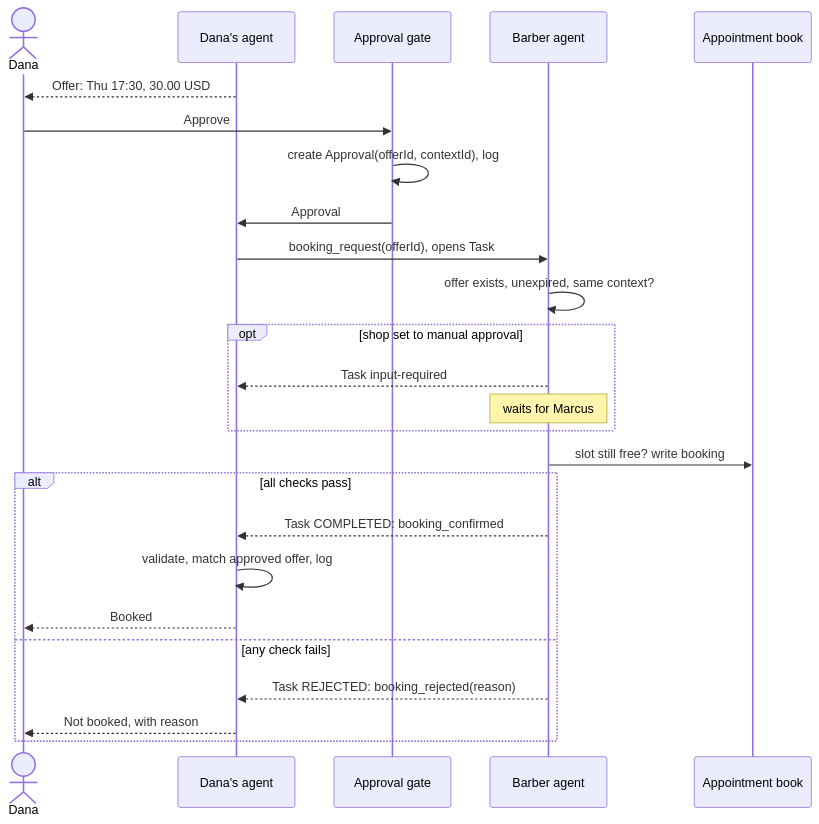
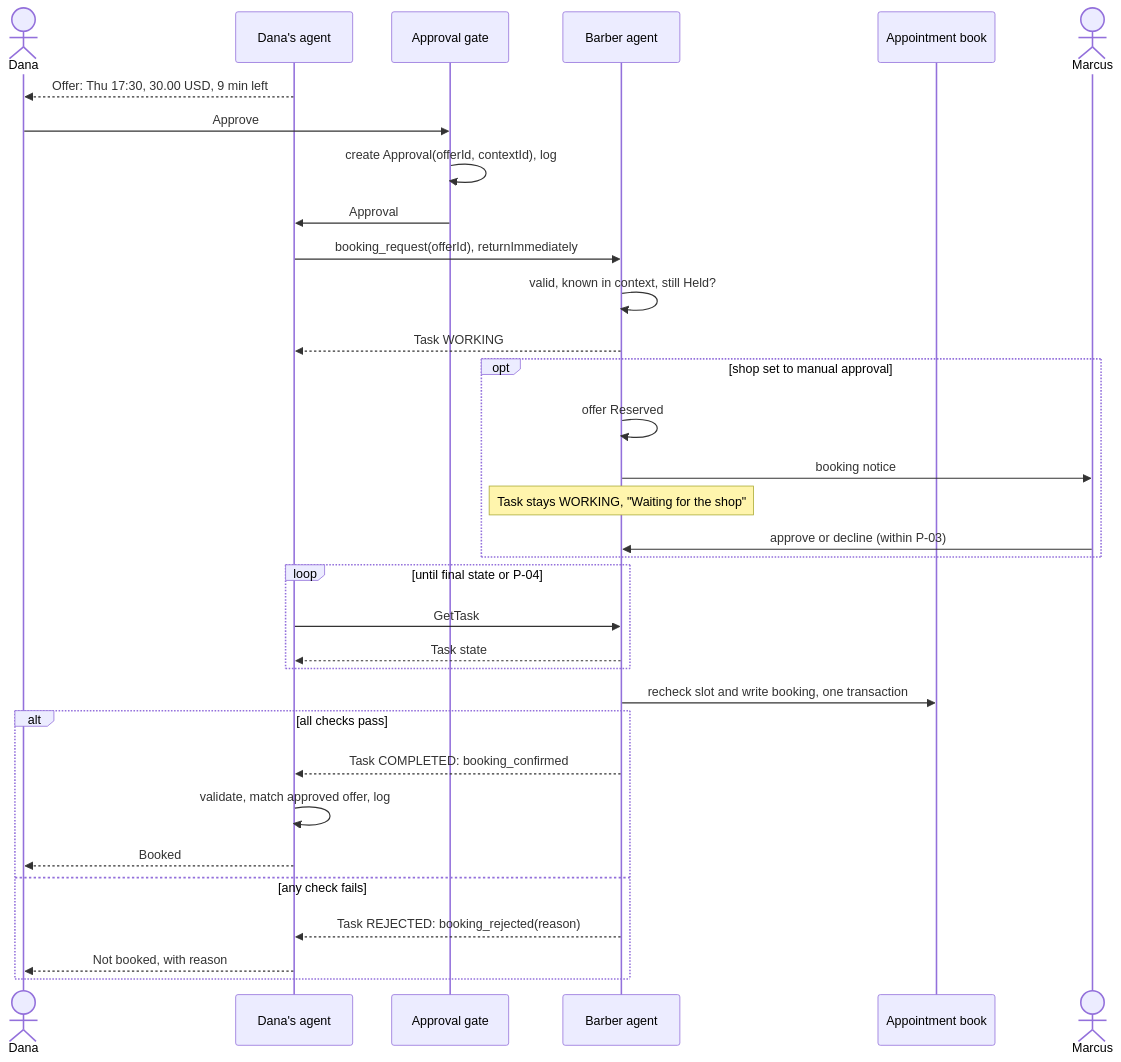
One commit to Jannisar01/hitchpost changed the second of 4 diagrams in docs/sad/06-use-cases.md. Above: the diagram before and after it, drawn with Mermaid. The commit also changed other lines of this file and 21 other files, not shown here.

````diff
--- a/docs/sad/06-use-cases.md
+++ b/docs/sad/06-use-cases.md
@@ -96,28 +107,36 @@
 ```mermaid
 sequenceDiagram
     actor Dana
     participant DA as Dana's agent
     participant Gate as Approval gate
     participant BA as Barber agent
     participant Book as Appointment book
+    actor Marcus
 
-    DA-->>Dana: Offer: Thu 17:30, 30.00 USD
+    DA-->>Dana: Offer: Thu 17:30, 30.00 USD, 9 min left
     Dana->>Gate: Approve
     Gate->>Gate: create Approval(offerId, contextId), log
     Gate->>DA: Approval
-    DA->>BA: booking_request(offerId), opens Task
-    BA->>BA: offer exists, unexpired, same context?
+    DA->>BA: booking_request(offerId), returnImmediately
+    BA->>BA: valid, known in context, still Held?
+    BA-->>DA: Task WORKING
     opt shop set to manual approval
-        BA-->>DA: Task input-required
-        Note over BA: waits for Marcus
+        BA->>BA: offer Reserved
+        BA->>Marcus: booking notice
+        Note over BA: Task stays WORKING, "Waiting for the shop"
+        Marcus->>BA: approve or decline (within P-03)
     end
-    BA->>Book: slot still free? write booking
+    loop until final state or P-04
+        DA->>BA: GetTask
+        BA-->>DA: Task state
+    end
+    BA->>Book: recheck slot and write booking, one transaction
     alt all checks pass
         BA-->>DA: Task COMPLETED: booking_confirmed
         DA->>DA: validate, match approved offer, log
         DA-->>Dana: Booked
     else any check fails
         BA-->>DA: Task REJECTED: booking_rejected(reason)
         DA-->>Dana: Not booked, with reason
     end
 ```
````
